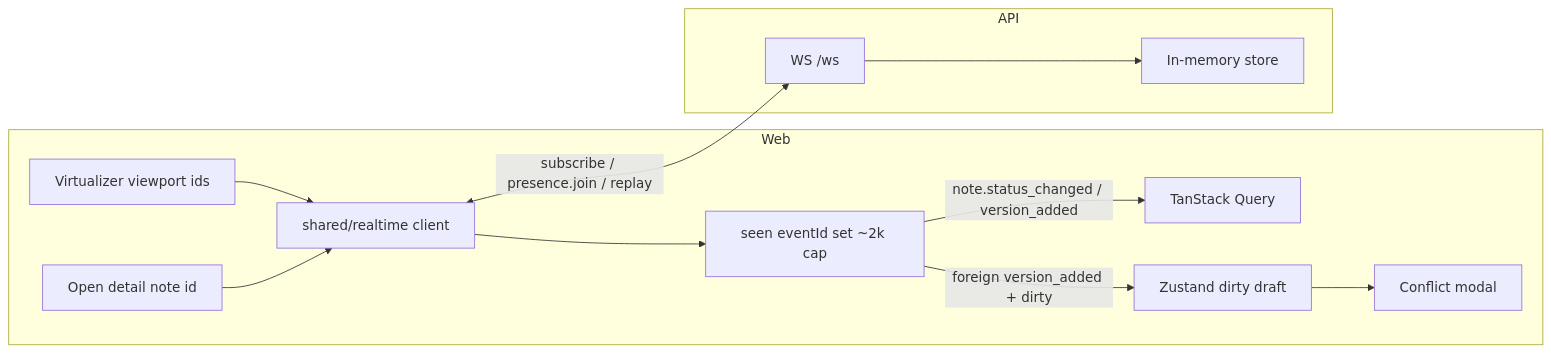
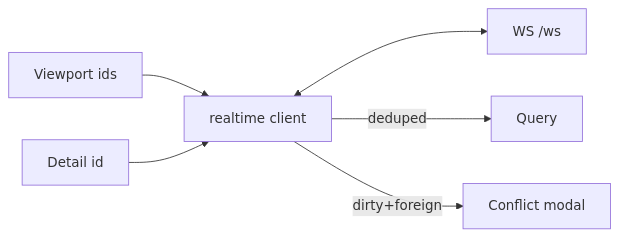
Before and after one commit to rickyssj2/cliniq-notes-ai: the diagram in docs/07-realtime-reconcile.md, drawn with Mermaid. The commit also changed other lines of this file and 46 other files, not shown here.

````diff
--- a/docs/07-realtime-reconcile.md
+++ b/docs/07-realtime-reconcile.md
@@ -7,26 +42,8 @@
 ```mermaid
 flowchart LR
-  subgraph client [Web]
-    VS[Virtualizer viewport ids]
-    Det[Open detail note id]
-    RT[shared/realtime client]
-    Dedup[seen eventId set ~2k cap]
-    TQ[TanStack Query]
-    Draft[Zustand dirty draft]
-    Merge[Conflict modal]
-  end
-
-  subgraph server [API]
-    Hub[WS /ws]
-    Store[In-memory store]
-  end
-
-  VS --> RT
-  Det --> RT
-  RT <-->|subscribe / presence.join / replay| Hub
-  Hub --> Store
-  RT --> Dedup
-  Dedup -->|note.status_changed / version_added| TQ
-  Dedup -->|foreign version_added + dirty| Draft
-  Draft --> Merge
+  VS[Viewport ids] --> RT[realtime client]
+  Det[Detail id] --> RT
+  RT <--> Hub[WS /ws]
+  RT -->|deduped| TQ[Query]
+  RT -->|dirty+foreign| Merge[Conflict modal]
 ```
````
